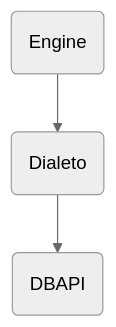
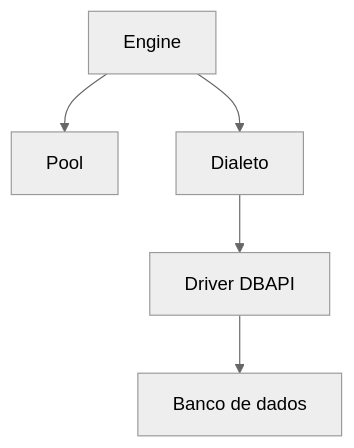
Before and after one commit to lcsgborges/dev-notes: the first of 2 diagrams in docs/python/sqlalchemy.md, drawn with Mermaid (neutral theme). The commit also changed other lines of this file and 30 other files, not shown here.

````diff
--- a/docs/python/sqlalchemy.md
+++ b/docs/python/sqlalchemy.md
@@ -25,4 +25,7 @@
 ```mermaid
-flowchart TD;
-A(Engine) --> B(Dialeto) --> C(DBAPI);
+flowchart TD
+    A[Engine] --> B[Pool]
+    A --> C[Dialeto]
+    C --> D[Driver DBAPI]
+    D --> E[Banco de dados]
 ```
````
